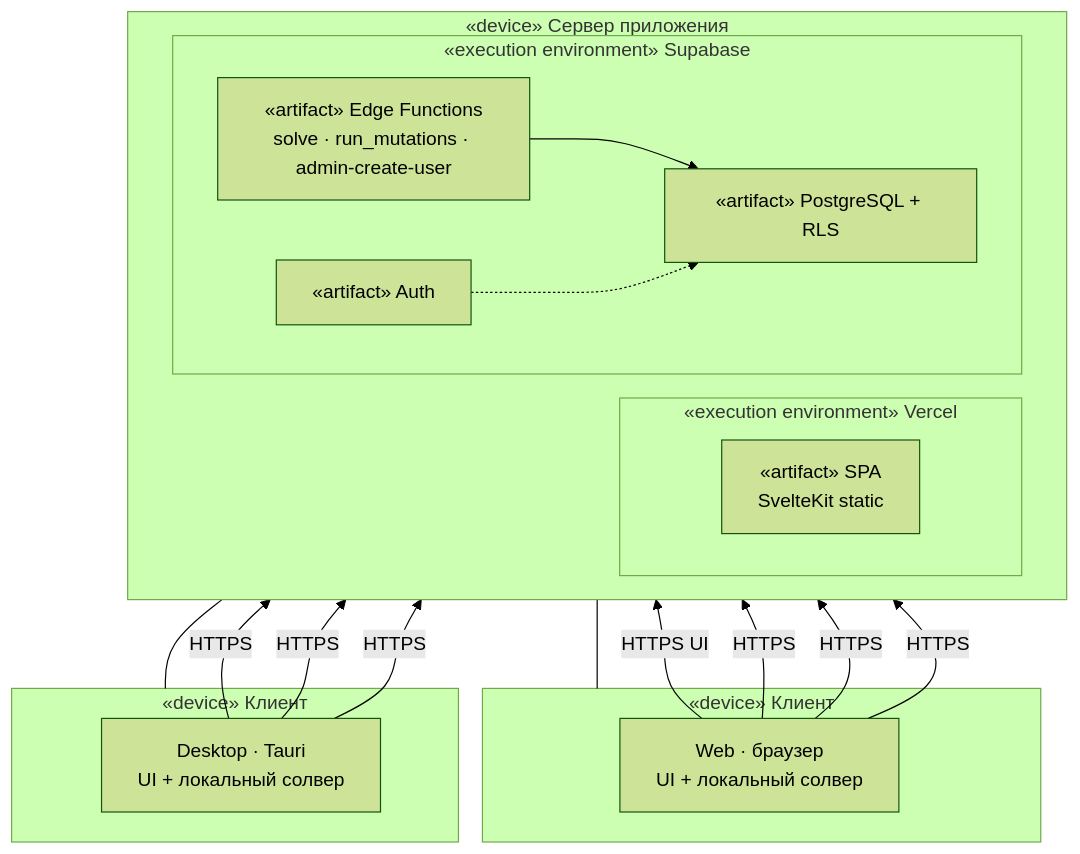
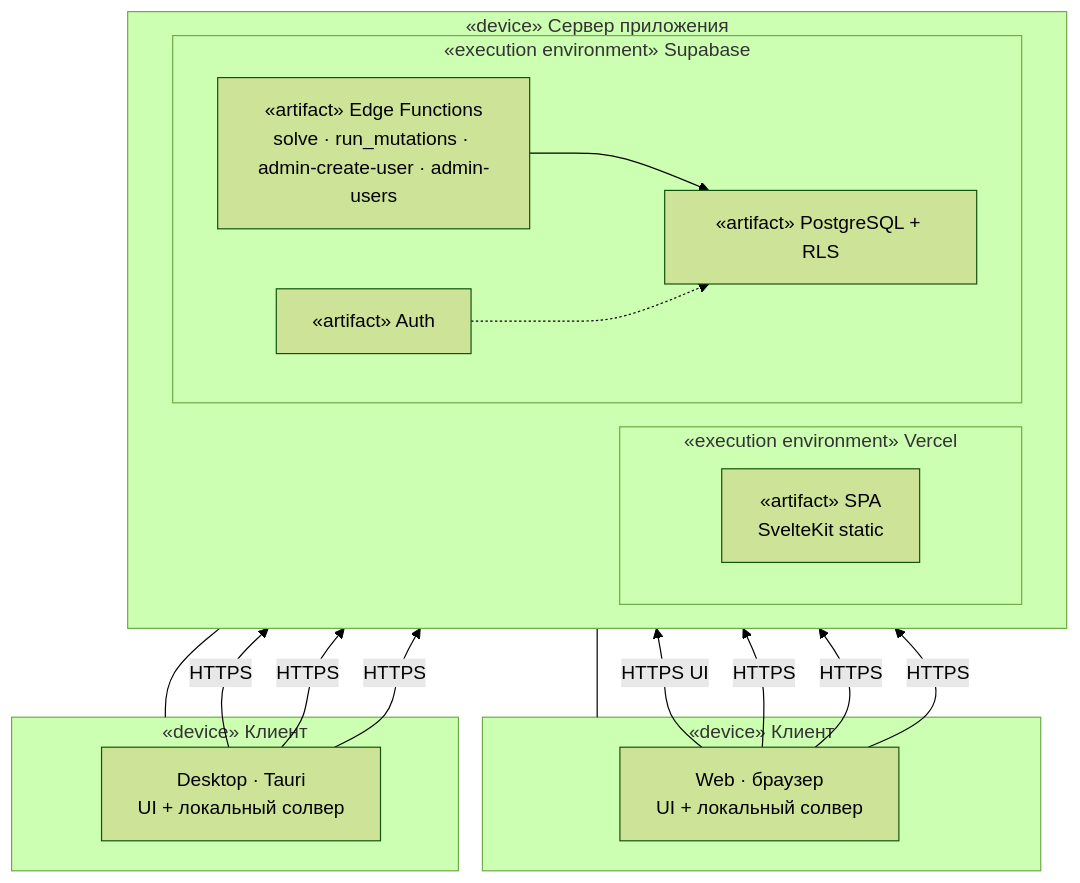
Before and after one commit to chiscake/resource-allocation-planner: the first of 2 diagrams in docs/uml/deployment.md, drawn with Mermaid (forest theme). The commit also changed other lines of this file and 13 other files, not shown here.

First line of the commit message:
feat(admin): manage users via Edge and polish admin chrome

````diff
--- a/docs/uml/deployment.md
+++ b/docs/uml/deployment.md
@@ -13,34 +13,34 @@
 ```mermaid
 flowchart TB
   subgraph server["«device» Сервер приложения"]
     direction LR
     subgraph vercel["«execution environment» Vercel"]
       spa["«artifact» SPA<br/>SvelteKit static"]
     end
     subgraph supabase["«execution environment» Supabase"]
       auth["«artifact» Auth"]
       db["«artifact» PostgreSQL + RLS"]
-      edge["«artifact» Edge Functions<br/>solve · run_mutations · admin-create-user"]
+      edge["«artifact» Edge Functions<br/>solve · run_mutations · admin-create-user · admin-users"]
     end
     edge --> db
     auth -.-> db
   end
 
   subgraph web["«device» Клиент"]
     browser["Web · браузер<br/>UI + локальный солвер"]
   end
 
   subgraph desk["«device» Клиент"]
     tauri["Desktop · Tauri<br/>UI + локальный солвер"]
   end
 
   server --- web
   server --- desk
   browser -->|HTTPS UI| spa
   browser -->|HTTPS| auth
   browser -->|HTTPS| db
   browser -->|HTTPS| edge
   tauri -->|HTTPS| auth
   tauri -->|HTTPS| db
   tauri -->|HTTPS| edge
 ```
````
